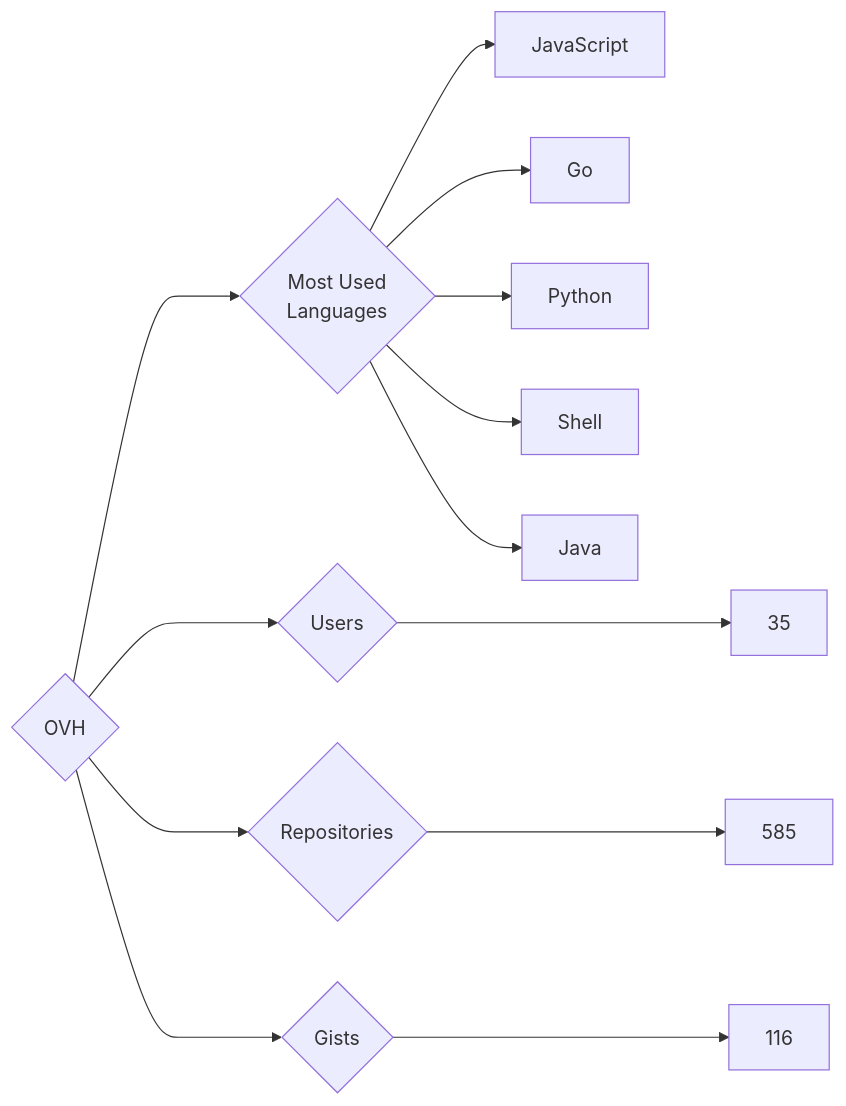
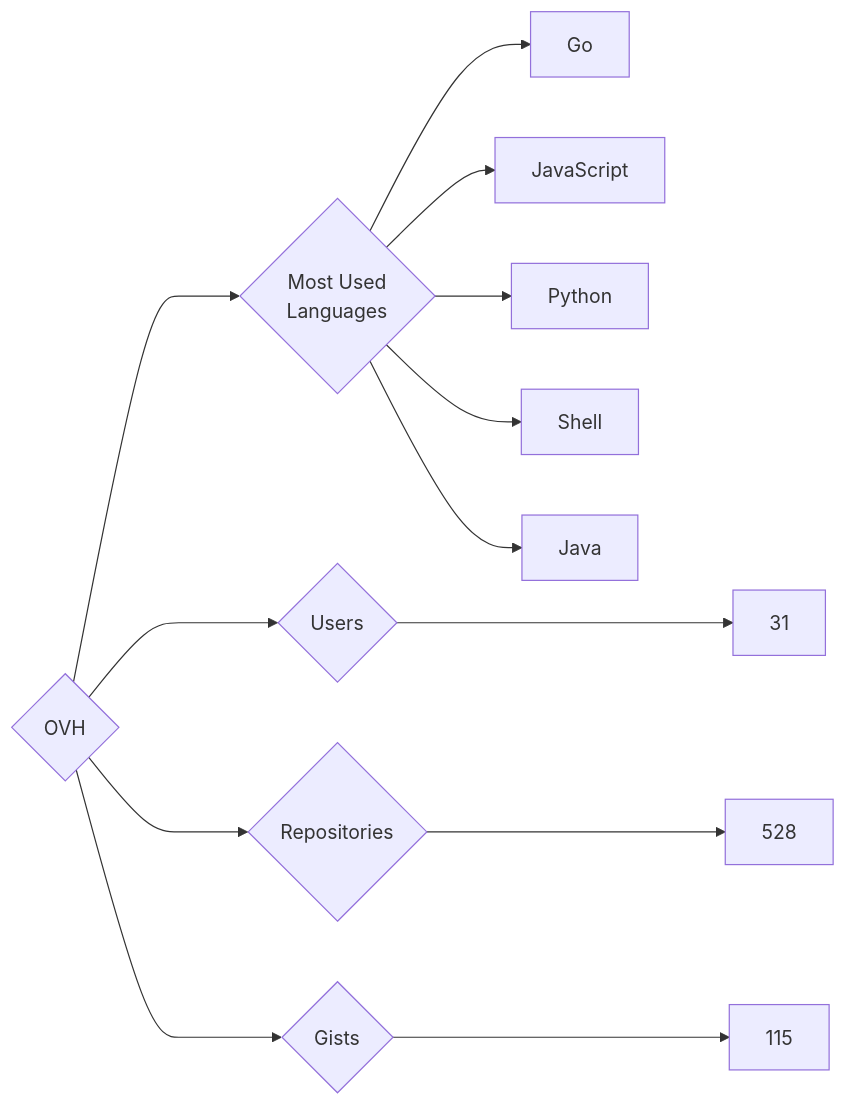
One commit to trickest/insiders changed the diagram in targets/OVH/README.md. Above: the diagram before and after it, drawn with Mermaid. The commit also changed 1484 other files, not shown here.

````diff
--- a/targets/OVH/README.md
+++ b/targets/OVH/README.md
@@ -3,13 +3,13 @@
 ```mermaid
 graph LR
 COMPANY_NAME{OVH}
-COMPANY_NAME ---> U{Users} ---> UN[35]
-COMPANY_NAME ---> R{Repositories} ---> RN[585]
-COMPANY_NAME ---> G{Gists} ---> GN[116]
+COMPANY_NAME ---> U{Users} ---> UN[31]
+COMPANY_NAME ---> R{Repositories} ---> RN[528]
+COMPANY_NAME ---> G{Gists} ---> GN[115]
 COMPANY_NAME ---> ML{Most Used<br>Languages}
+ML --> Go[Go]
 ML --> JavaScript[JavaScript]
-ML --> Go[Go]
 ML --> Python[Python]
 ML --> Shell[Shell]
 ML --> Java[Java]
 ```
````
